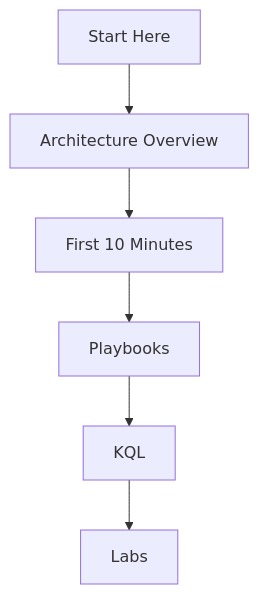
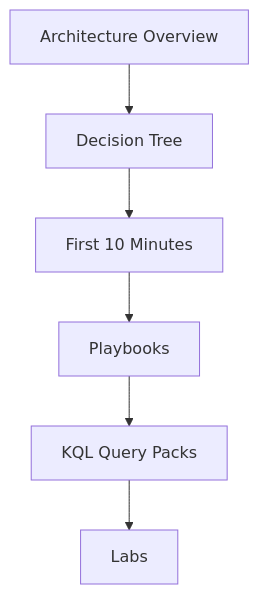
Before and after one commit to yeongseon/azure-app-service-practical-guide: the fourth of 4 diagrams in docs/start-here/learning-paths.md, drawn with Mermaid. The commit also changed other lines of this file, not shown here.

````diff
--- a/docs/start-here/learning-paths.md
+++ b/docs/start-here/learning-paths.md
@@ -96,8 +165,8 @@
 ```mermaid
-graph TD
-    A[Start Here] --> B[Architecture Overview]
+flowchart TD
+    A[Architecture Overview] --> B[Decision Tree]
     B --> C[First 10 Minutes]
     C --> D[Playbooks]
-    D --> E[KQL]
+    D --> E[KQL Query Packs]
     E --> F[Labs]
 ```
````
